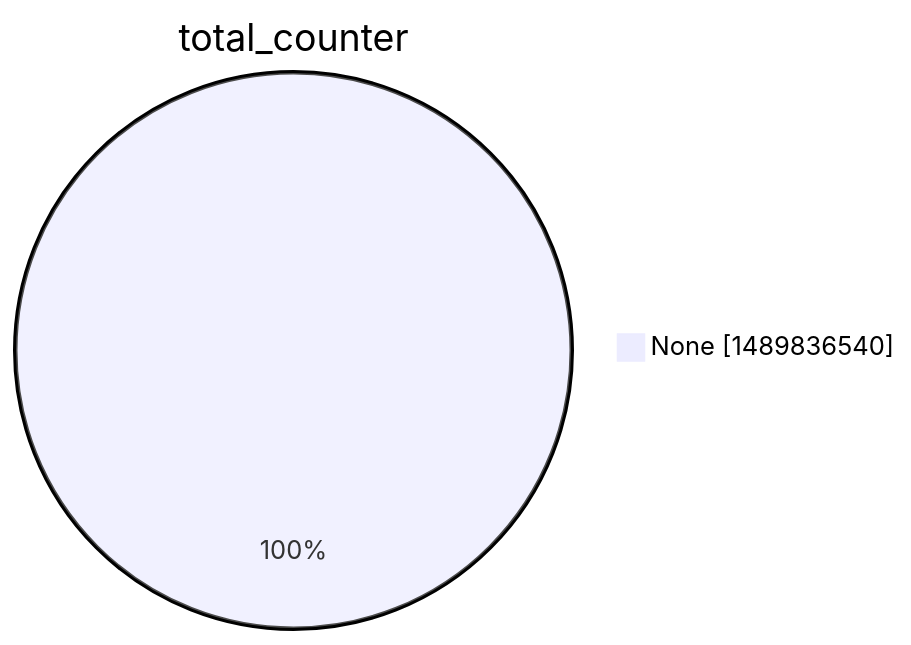
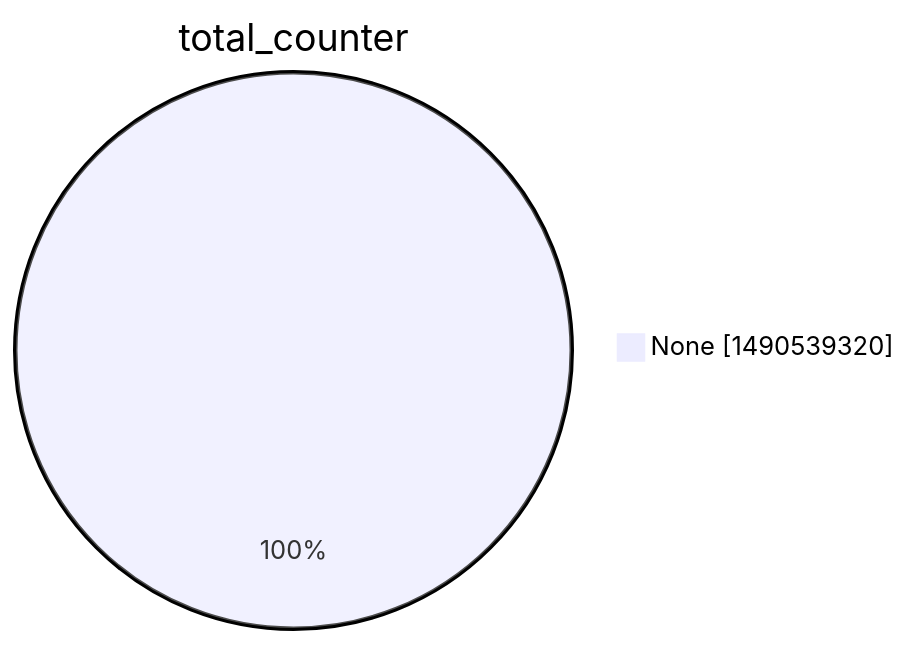
One commit to christiankrug/ctmonitor_visualization changed the second of 15 diagrams in argon2022/README.md. Above: the diagram before and after it, drawn with Mermaid. The commit also changed other lines of this file, not shown here.

````diff
--- a/argon2022/README.md
+++ b/argon2022/README.md
@@ -9,5 +9,5 @@
 ```mermaid
 pie showData
 title total_counter
-"None" :1489836540
+"None" :1490539320
 ```
````
